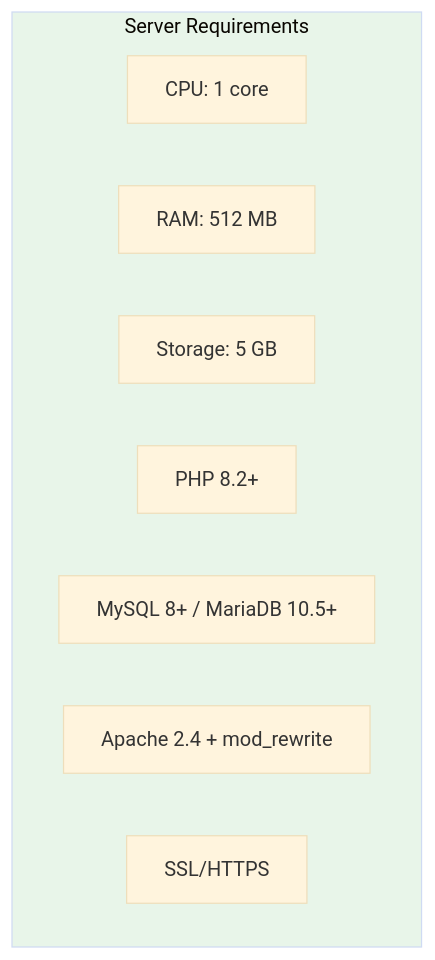
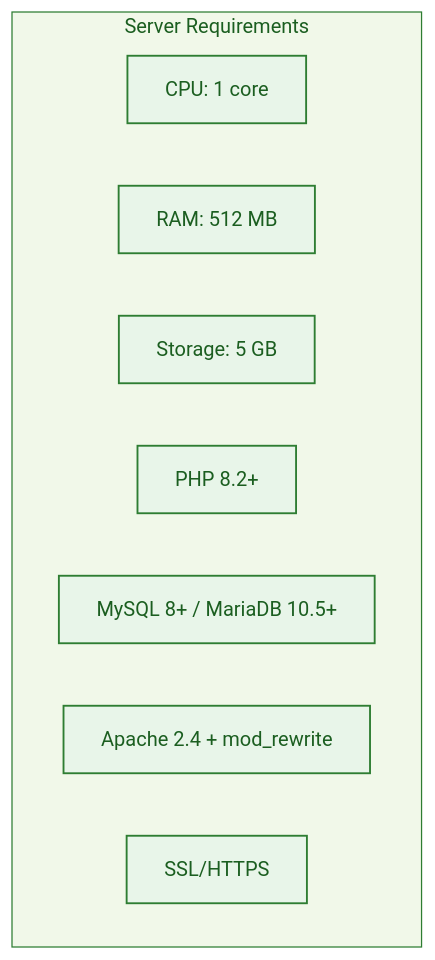
Diagram 15 of 19 in README.md (sekarpratama/project1), drawn with Mermaid (base theme) before and after one commit. The commit also changed other lines of this file, not shown here.

````diff
--- a/README.md
+++ b/README.md
@@ -1003,14 +924,15 @@
 ```mermaid
 flowchart TB
     subgraph SERVER["Server Requirements"]
-        A["CPU: 1 core"]
-        B["RAM: 512 MB"]
-        C["Storage: 5 GB"]
-        D["PHP 8.2+"]
-        E["MySQL 8+ / MariaDB 10.5+"]
-        F["Apache 2.4 + mod_rewrite"]
-        G["SSL/HTTPS"]
+        A["CPU: 1 core"]:::server
+        B["RAM: 512 MB"]:::server
+        C["Storage: 5 GB"]:::server
+        D["PHP 8.2+"]:::server
+        E["MySQL 8+ / MariaDB 10.5+"]:::server
+        F["Apache 2.4 + mod_rewrite"]:::server
+        G["SSL/HTTPS"]:::server
     end
 
-    style SERVER fill:#e8f5e9
+    classDef server fill:#e8f5e9,stroke:#2e7d32,stroke-width:1.5px,color:#1b5e20
+    style SERVER fill:#f1f8e9,stroke:#2e7d32,color:#1b5e20
 ```
````
